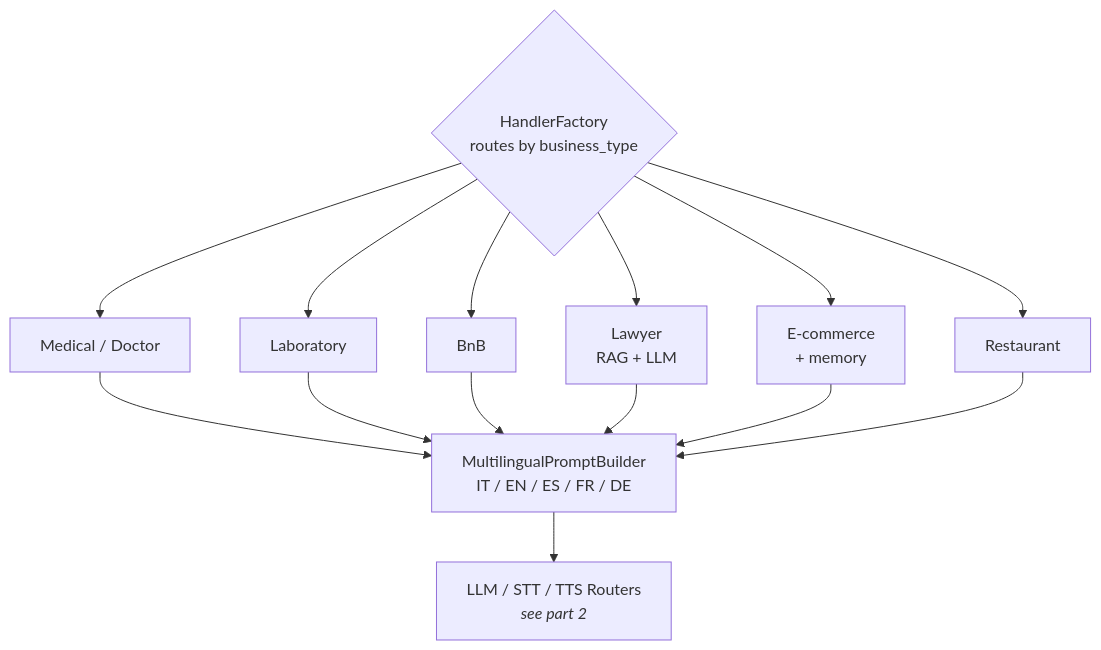
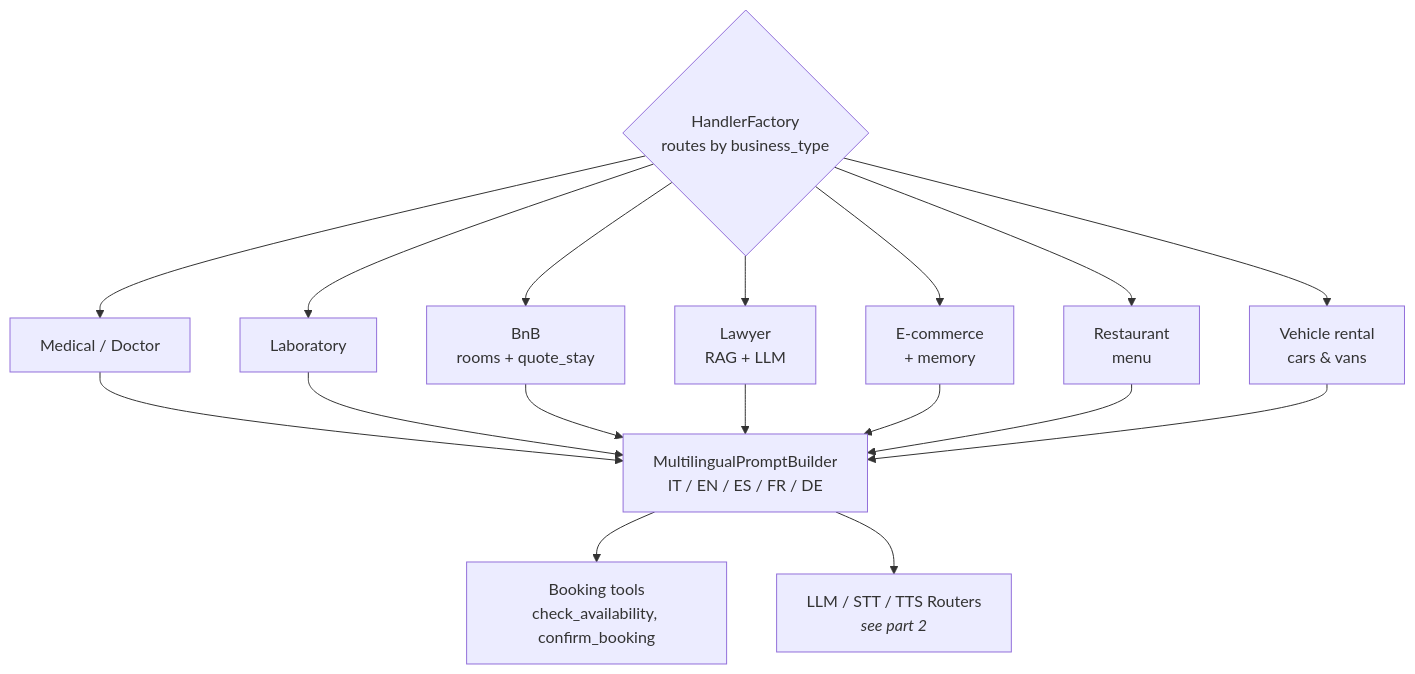
The second of 3 diagrams in README.md (cloud-fullstack/architecture), drawn with Mermaid before and after one commit. The commit also changed other lines of this file, not shown here.

````diff
--- a/README.md
+++ b/README.md
@@ -55,21 +85,24 @@
 ```mermaid
 graph TB
     HF{HandlerFactory<br/>routes by business_type}
 
     HF --> H1[Medical / Doctor]
     HF --> H2[Laboratory]
-    HF --> H3[BnB]
+    HF --> H3[BnB<br/>rooms + quote_stay]
     HF --> H4[Lawyer<br/>RAG + LLM]
     HF --> H5[E-commerce<br/>+ memory]
-    HF --> H6[Restaurant]
+    HF --> H6[Restaurant<br/>menu]
+    HF --> H7[Vehicle rental<br/>cars & vans]
 
     H1 --> MPB
     H2 --> MPB
     H3 --> MPB
     H4 --> MPB
     H5 --> MPB
     H6 --> MPB
+    H7 --> MPB
 
     MPB[MultilingualPromptBuilder<br/>IT / EN / ES / FR / DE]
+    MPB --> TOOLS[Booking tools<br/>check_availability, confirm_booking]
     MPB --> ROUTERS[LLM / STT / TTS Routers<br/><i>see part 2</i>]
 ```
````
